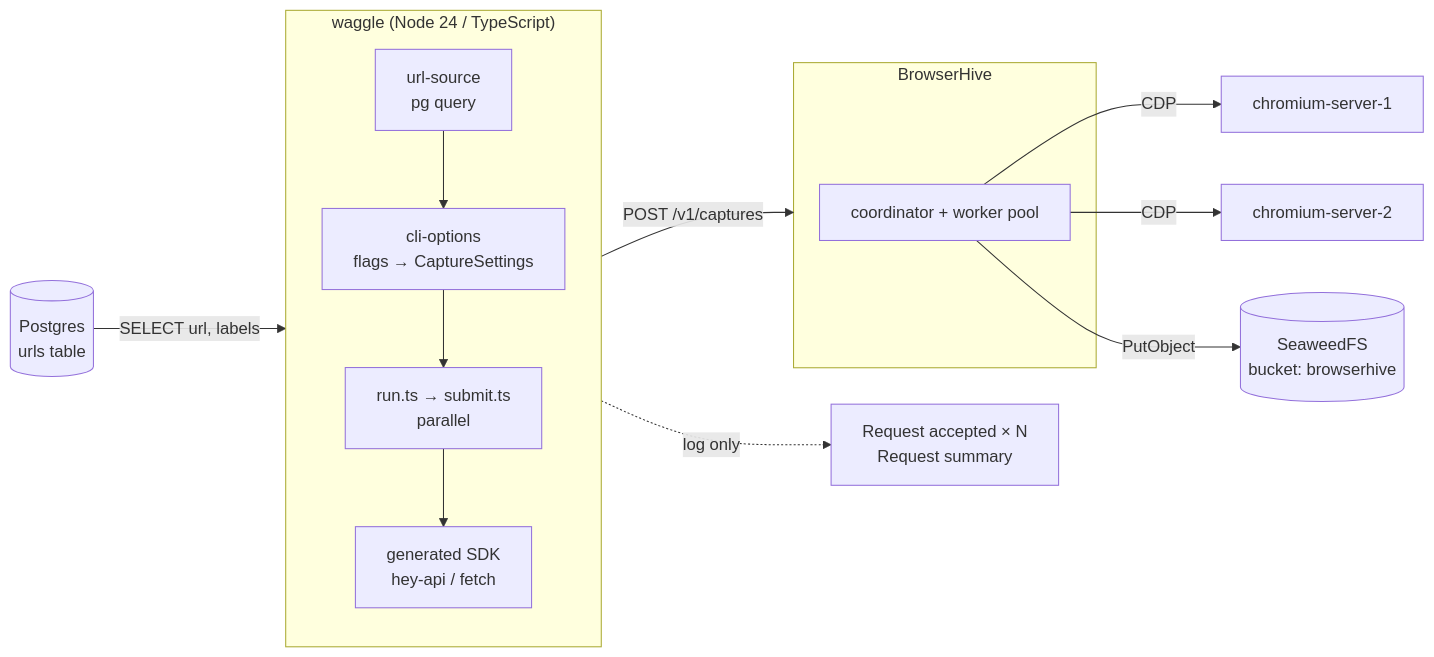
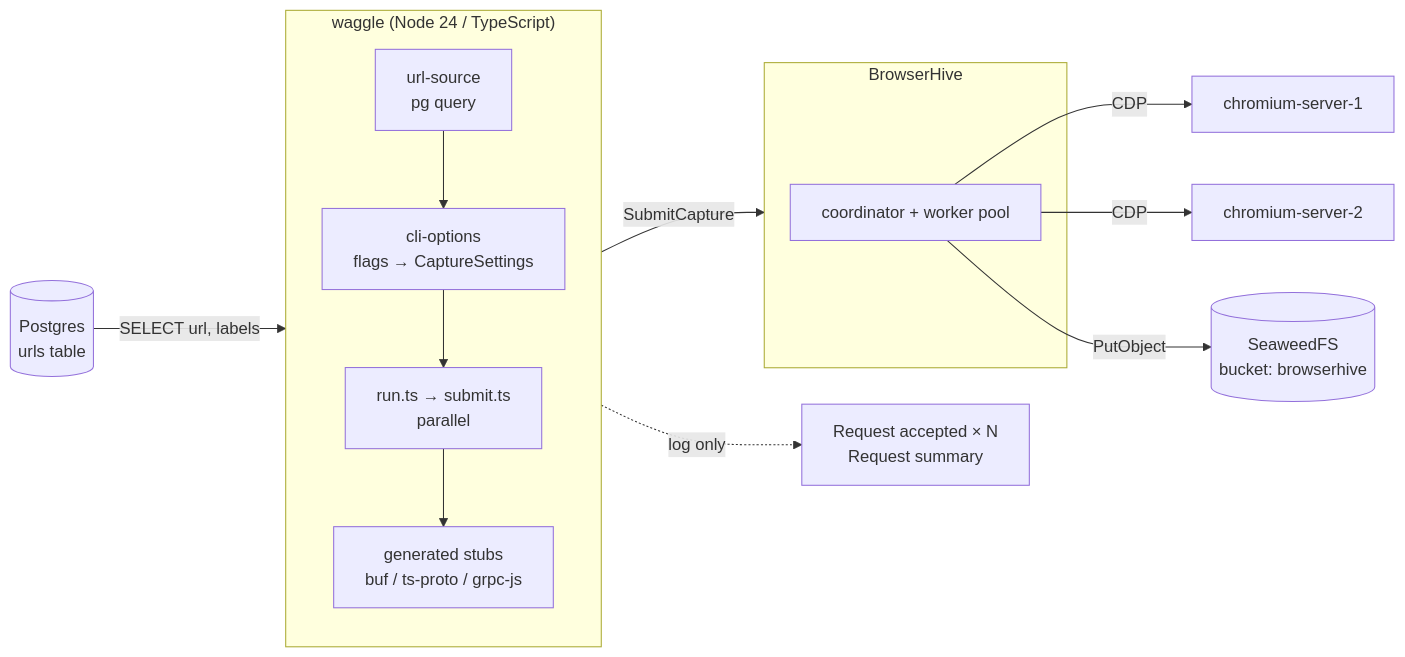
One commit to uraitakahito/waggle changed the diagram in docs-site/src/content/docs/architecture.mdx. Above: the diagram before and after it, drawn with Mermaid. The commit also changed other lines of this file and 19 other files, not shown here.

````diff
--- a/docs-site/src/content/docs/architecture.mdx
+++ b/docs-site/src/content/docs/architecture.mdx
@@ -8,18 +8,18 @@
 ```mermaid
 flowchart LR
   PG[("Postgres<br/>urls table")] -->|SELECT url, labels| W
   subgraph W["waggle (Node 24 / TypeScript)"]
     direction TB
     US[url-source<br/>pg query] --> CO[cli-options<br/>flags → CaptureSettings]
     CO --> RUN[run.ts → submit.ts<br/>parallel]
-    RUN --> SDK[generated SDK<br/>hey-api / fetch]
+    RUN --> SDK[generated stubs<br/>buf / ts-proto / grpc-js]
   end
-  SDK -->|POST /v1/captures| BH
+  SDK -->|SubmitCapture| BH
   subgraph BH["BrowserHive"]
     COORD[coordinator + worker pool]
   end
   COORD -->|CDP| C1[chromium-server-1]
   COORD -->|CDP| C2[chromium-server-2]
   COORD -->|PutObject| S3[(SeaweedFS<br/>bucket: browserhive)]
   W -.->|log only| OUT["Request accepted × N<br/>Request summary"]
 ```
````
